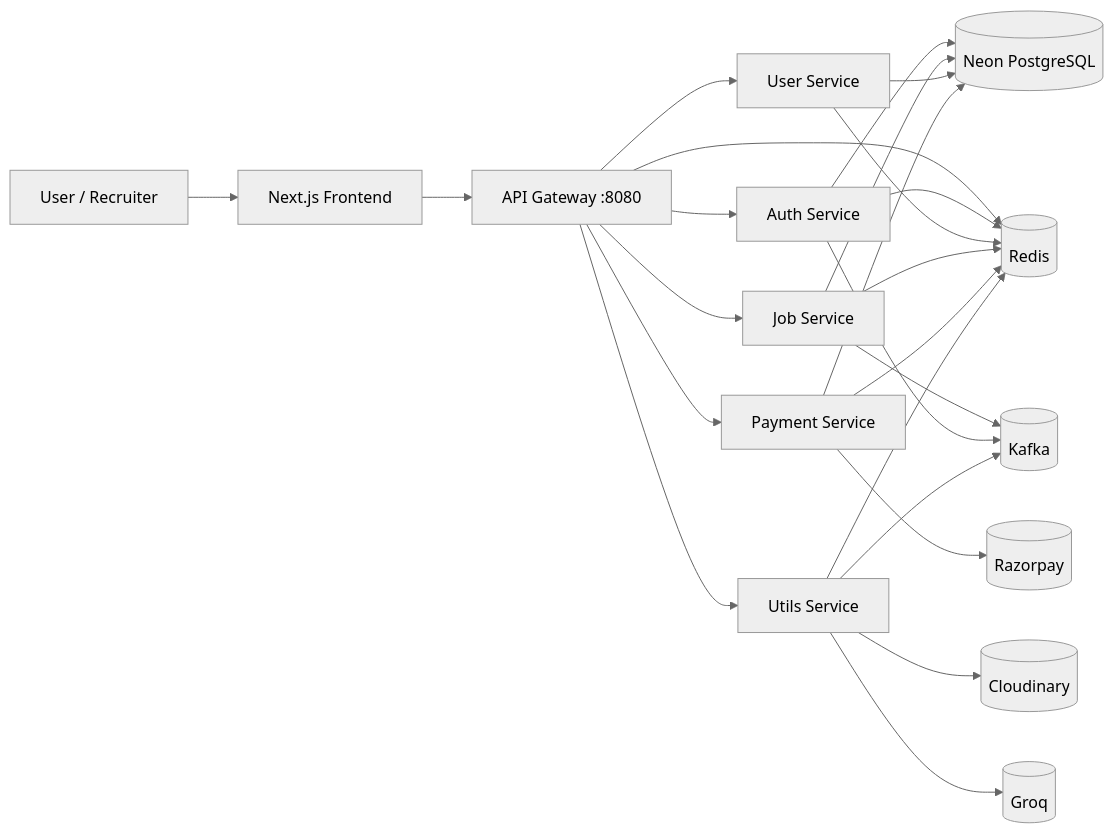
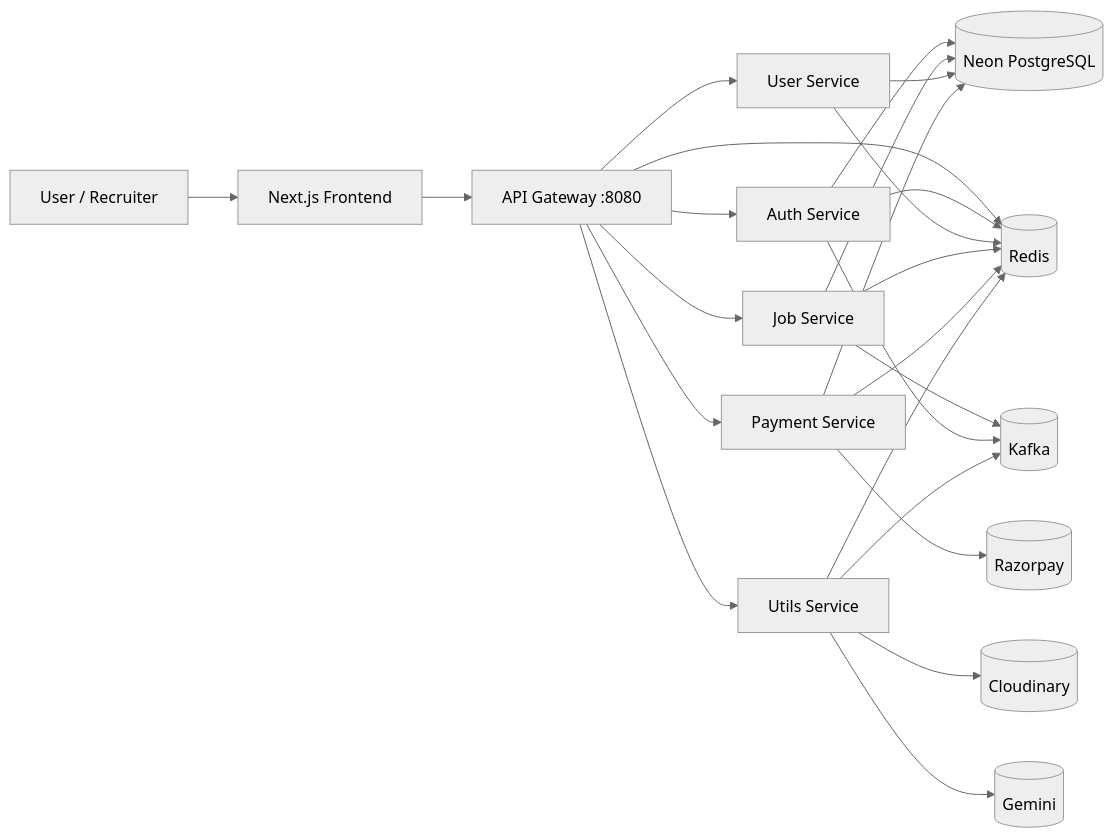
Before and after one commit to AyushCipher/HireHeaven-Job-Portal: the first of 2 diagrams in README.md, drawn with Mermaid (neutral theme). The commit also changed other lines of this file and 2 other files, not shown here.

First line of the commit message:
Replace Groq with Gemini for AI resume/career endpoints

````diff
--- a/README.md
+++ b/README.md
@@ -42,29 +42,29 @@
 ```mermaid
 flowchart LR
   U[User / Recruiter] --> F[Next.js Frontend]
   F --> GW[API Gateway :8080]
 
   GW --> A[Auth Service]
   GW --> US[User Service]
   GW --> J[Job Service]
   GW --> P[Payment Service]
   GW --> X[Utils Service]
 
   A --> DB[(Neon PostgreSQL)]
   J --> DB
   US --> DB
   P --> DB
 
   GW --> R[(Redis)]
   A --> R
   US --> R
   J --> R
   P --> R
   X --> R
   J --> K[(Kafka)]
   A --> K
   X --> K
   X --> C[(Cloudinary)]
-  X --> G[(Groq)]
+  X --> G[(Gemini)]
   P --> RZ[(Razorpay)]
 ```
````
